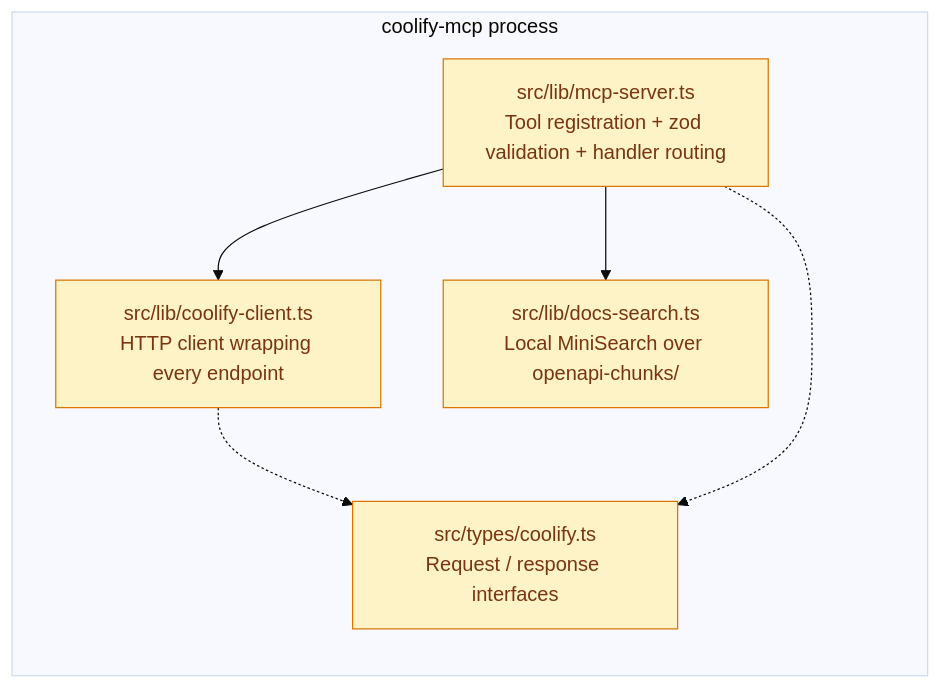
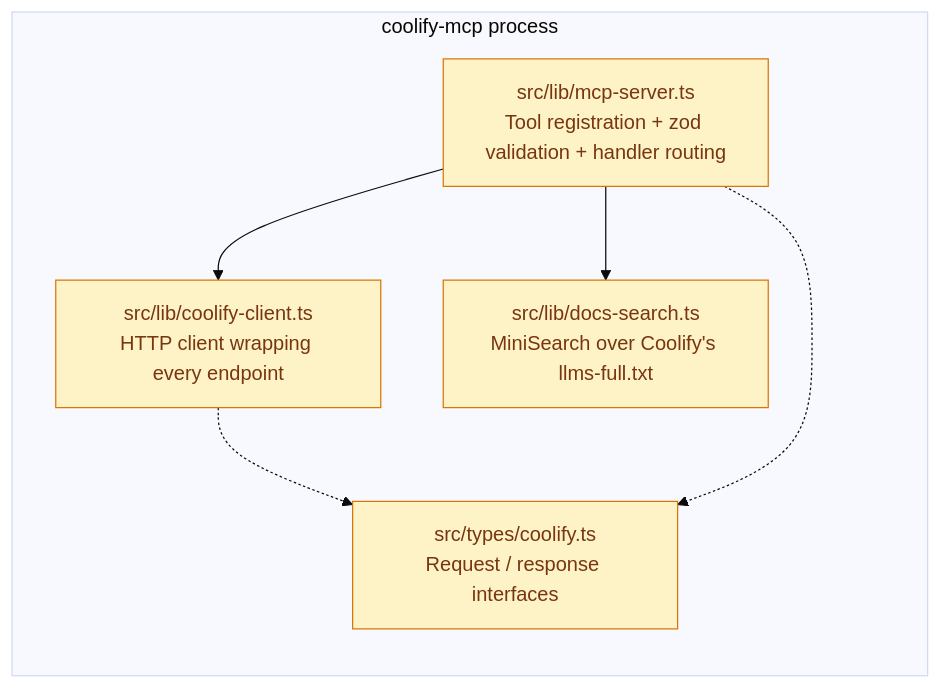
The third of 5 diagrams in site/concepts/how-it-works.md (StuMason/coolify-mcp), drawn with Mermaid (base theme) before and after one commit. The commit also changed other lines of this file and 22 other files, not shown here.

First line of the commit message:
chore: re-vendor Coolify OpenAPI spec for v4.2 and generate the chunks (#304)

````diff
--- a/site/concepts/how-it-works.md
+++ b/site/concepts/how-it-works.md
@@ -84,17 +85,17 @@
 ```mermaid
 flowchart TB
     subgraph mcp["coolify-mcp process"]
         direction TB
         a["src/lib/mcp-server.ts<br/>Tool registration + zod validation + handler routing"]
         b["src/lib/coolify-client.ts<br/>HTTP client wrapping every endpoint"]
         c["src/types/coolify.ts<br/>Request / response interfaces"]
-        d["src/lib/docs-search.ts<br/>Local MiniSearch over openapi-chunks/"]
+        d["src/lib/docs-search.ts<br/>MiniSearch over Coolify's llms-full.txt"]
         a --> b
         b -.-> c
         a -.-> c
         a --> d
     end
 
     classDef boundary fill:#fef3c7,stroke:#d97706,color:#78350f
     class a,b,c,d boundary
 ```
````
